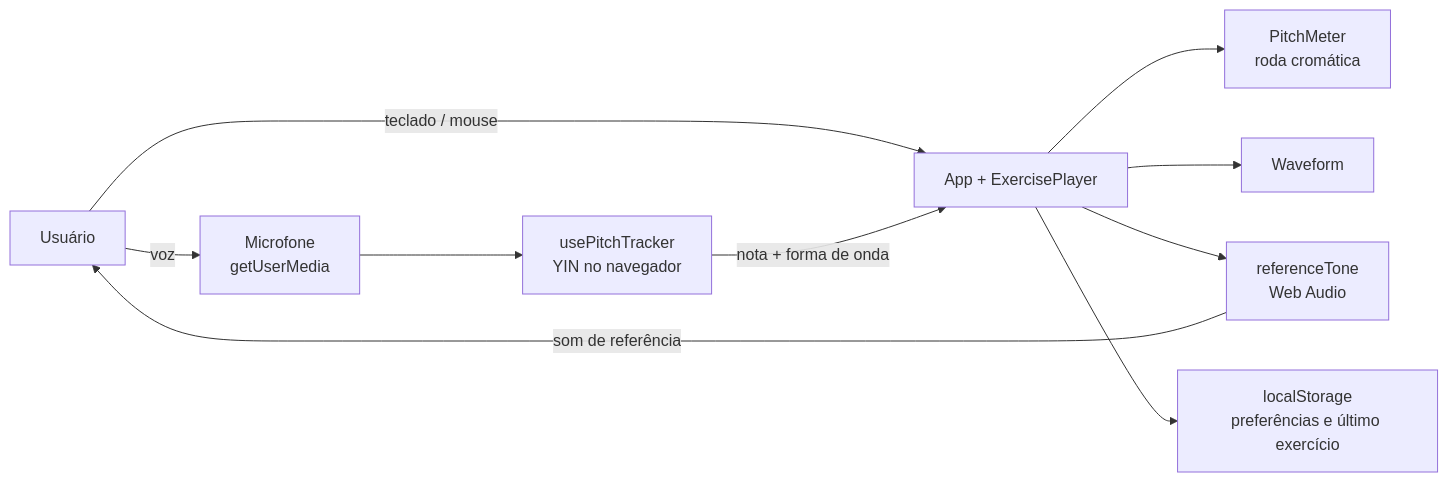
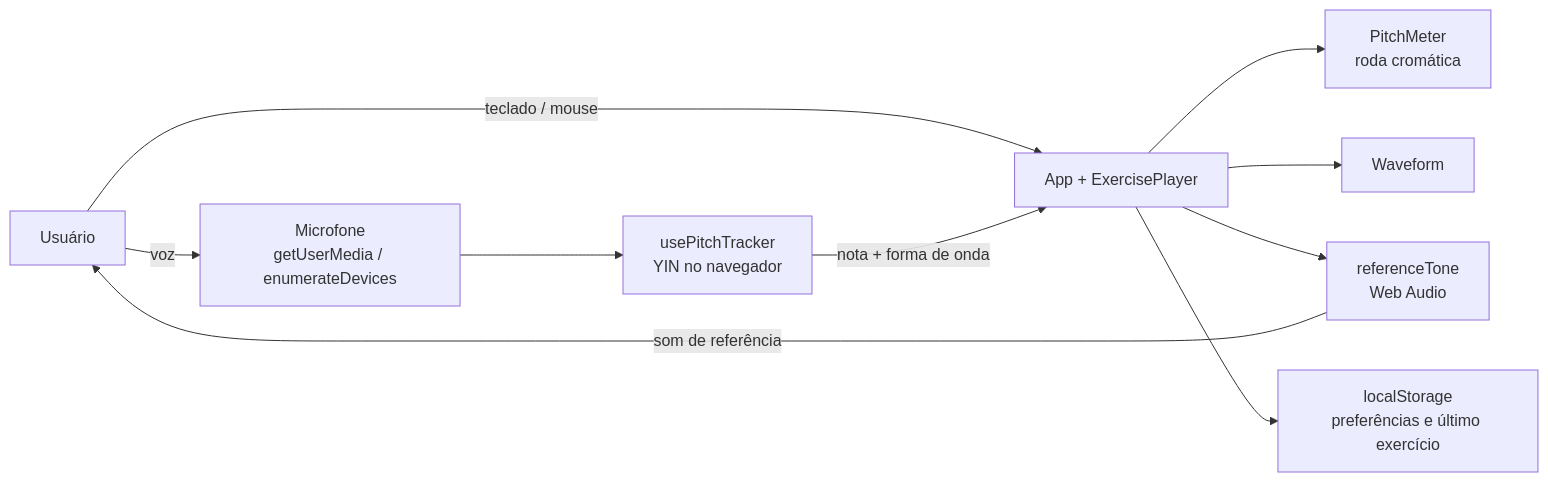
Before and after one commit to marcelofmatos/singer-trainer: the first of 2 diagrams in README.md, drawn with Mermaid. The commit also changed other lines of this file and 3 other files, not shown here.

````diff
--- a/README.md
+++ b/README.md
@@ -78,12 +80,12 @@
 ```mermaid
 flowchart LR
-  User["Usuário"] -->|voz| Mic["Microfone<br/>getUserMedia"]
+  User["Usuário"] -->|voz| Mic["Microfone<br/>getUserMedia / enumerateDevices"]
   User -->|teclado / mouse| UI["App + ExercisePlayer"]
   Mic --> Tracker["usePitchTracker<br/>YIN no navegador"]
   Tracker -->|nota + forma de onda| UI
   UI --> Wheel["PitchMeter<br/>roda cromática"]
   UI --> Wave["Waveform"]
   UI --> Tone["referenceTone<br/>Web Audio"]
   Tone -->|som de referência| User
   UI --> Prefs["localStorage<br/>preferências e último exercício"]
 ```
````
